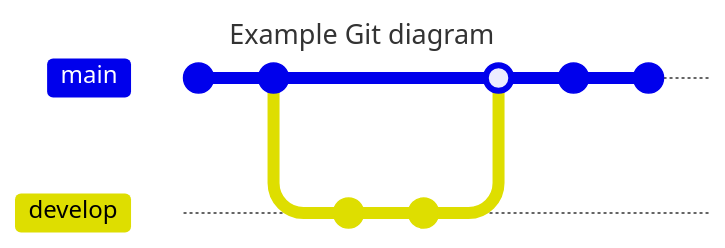
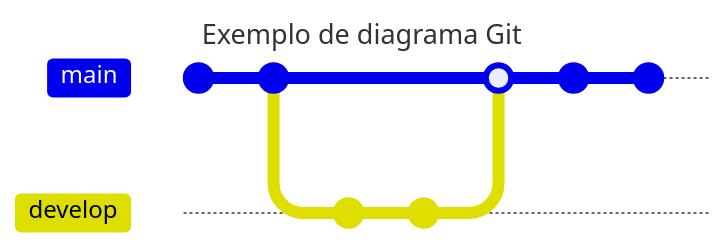
One commit to monteiro74/diagramas_resumo changed the fourth of 6 diagrams in README.md. Above: the diagram before and after it, drawn with Mermaid. The commit also changed other lines of this file, not shown here. Commit ids are hidden.

````diff
--- a/README.md
+++ b/README.md
@@ -510,16 +510,16 @@
 ```mermaid
 ---
-title: Example Git diagram
+title: Exemplo de diagrama Git
 ---
 gitGraph
    commit
    commit
    branch develop
    checkout develop
    commit
    commit
    checkout main
    merge develop
    commit
    commit
 ```
````
